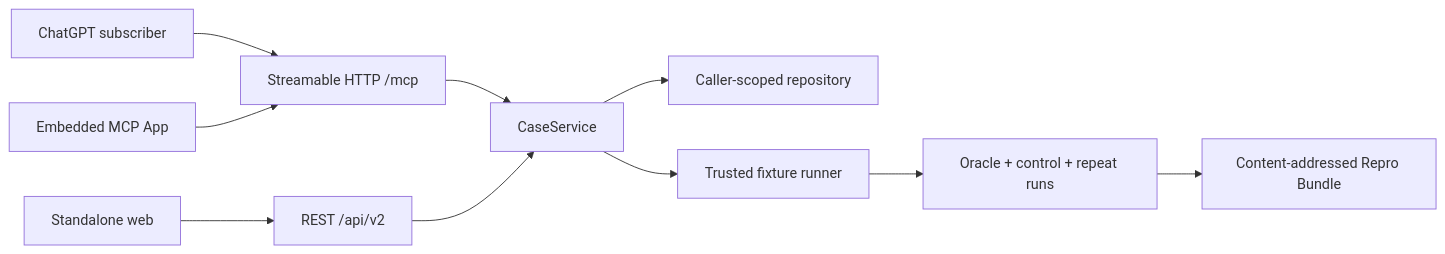
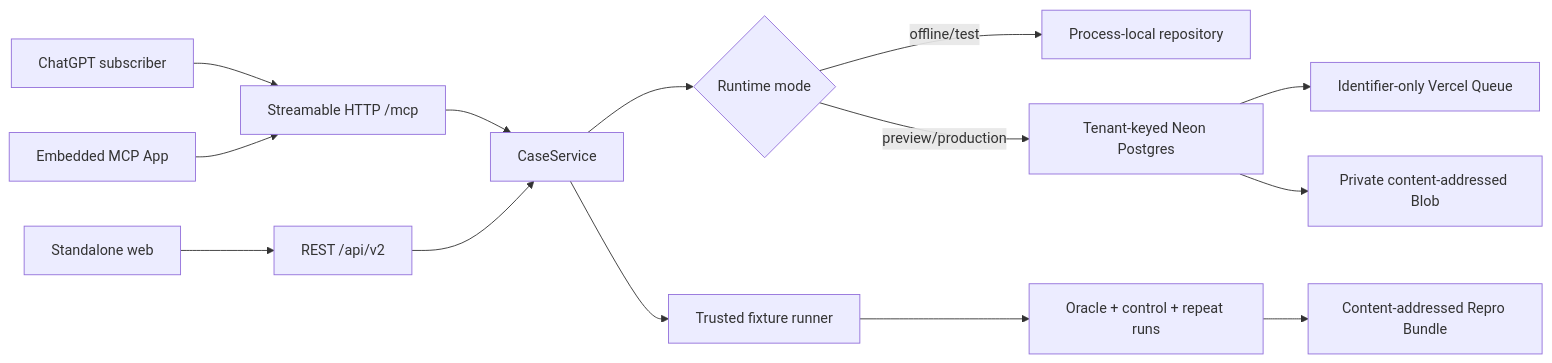
One commit to GhostlyGawd/reproforge changed the diagram in docs/architecture.md. Above: the diagram before and after it, drawn with Mermaid. The commit also changed other lines of this file and 18 other files, not shown here.

````diff
--- a/docs/architecture.md
+++ b/docs/architecture.md
@@ -23,12 +28,16 @@
 ```mermaid
 flowchart LR
     CG["ChatGPT subscriber"] --> MCP["Streamable HTTP /mcp"]
     UI["Embedded MCP App"] --> MCP
     WEB["Standalone web"] --> REST["REST /api/v2"]
     MCP --> CS["CaseService"]
     REST --> CS
-    CS --> REPO["Caller-scoped repository"]
+    CS --> MODE{"Runtime mode"}
+    MODE -->|"offline/test"| MEM["Process-local repository"]
+    MODE -->|"preview/production"| PG["Tenant-keyed Neon Postgres"]
+    PG --> QUEUE["Identifier-only Vercel Queue"]
+    PG --> BLOB["Private content-addressed Blob"]
     CS --> RUN["Trusted fixture runner"]
     RUN --> VERIFY["Oracle + control + repeat runs"]
     VERIFY --> BUNDLE["Content-addressed Repro Bundle"]
 ```
````
